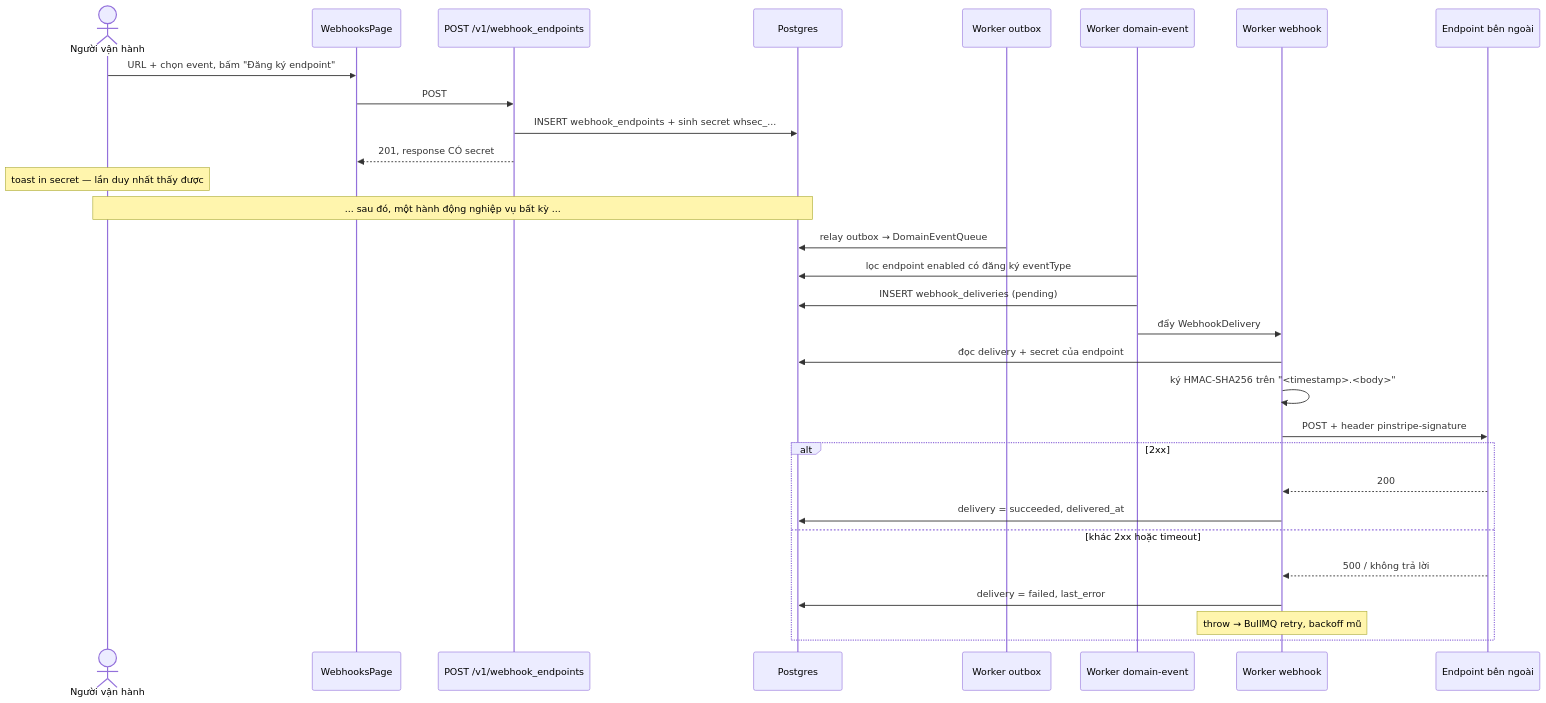
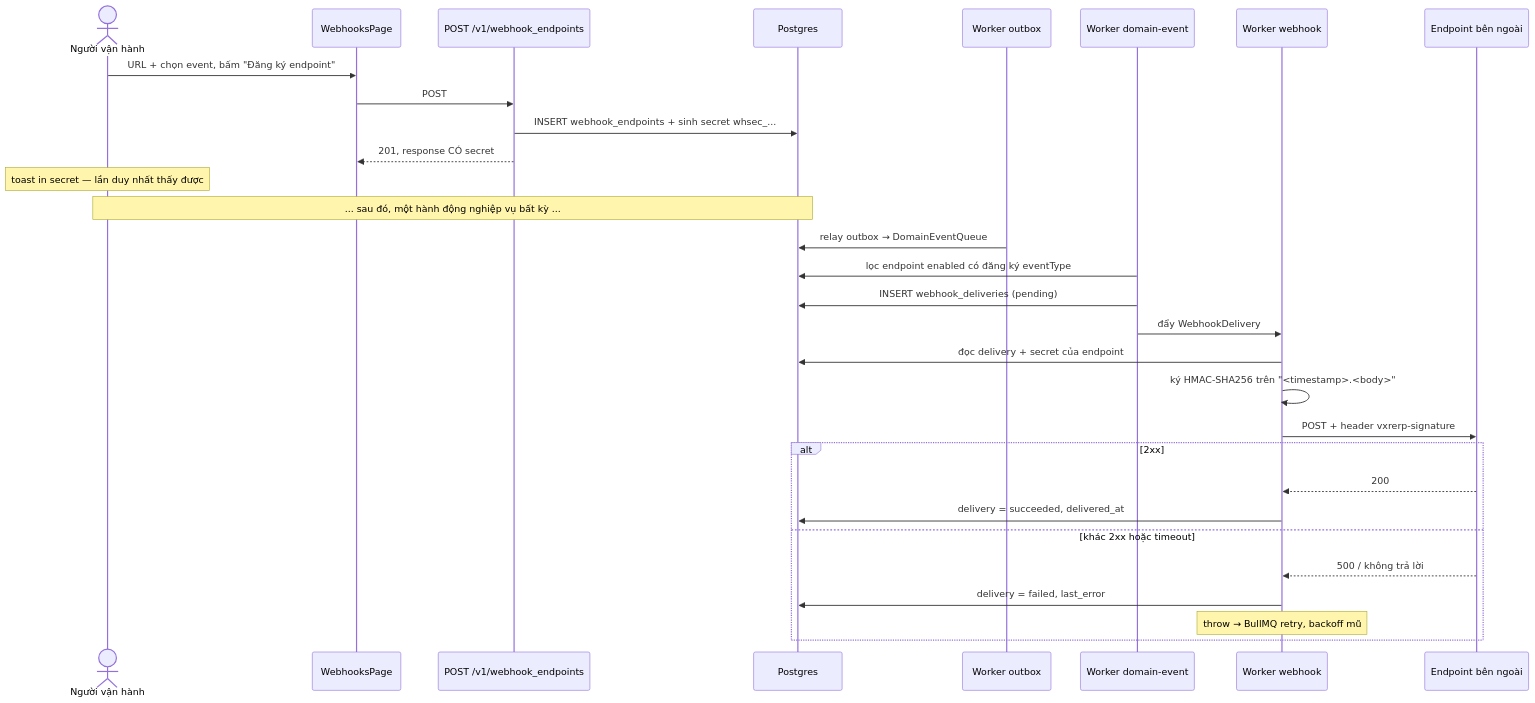
The diagram in docs/usecases/09-receive-webhooks.md (anhquang296/pinstripe), drawn with Mermaid before and after one commit. The commit also changed other lines of this file and 797 other files, not shown here.

````diff
--- a/docs/usecases/09-receive-webhooks.md
+++ b/docs/usecases/09-receive-webhooks.md
@@ -21,34 +21,34 @@
 ```mermaid
 sequenceDiagram
     actor U as Người vận hành
     participant P as WebhooksPage
     participant A as POST /v1/webhook_endpoints
     participant DB as Postgres
     participant W1 as Worker outbox
     participant W2 as Worker domain-event
     participant W3 as Worker webhook
     participant EP as Endpoint bên ngoài
 
     U->>P: URL + chọn event, bấm "Đăng ký endpoint"
     P->>A: POST
     A->>DB: INSERT webhook_endpoints + sinh secret whsec_...
     A-->>P: 201, response CÓ secret
     Note over U: toast in secret — lần duy nhất thấy được
 
     Note over U,DB: ... sau đó, một hành động nghiệp vụ bất kỳ ...
     W1->>DB: relay outbox → DomainEventQueue
     W2->>DB: lọc endpoint enabled có đăng ký eventType
     W2->>DB: INSERT webhook_deliveries (pending)
     W2->>W3: đẩy WebhookDelivery
     W3->>DB: đọc delivery + secret của endpoint
     W3->>W3: ký HMAC-SHA256 trên "<timestamp>.<body>"
-    W3->>EP: POST + header pinstripe-signature
+    W3->>EP: POST + header vxrerp-signature
     alt 2xx
         EP-->>W3: 200
         W3->>DB: delivery = succeeded, delivered_at
     else khác 2xx hoặc timeout
         EP-->>W3: 500 / không trả lời
         W3->>DB: delivery = failed, last_error
         Note over W3: throw → BullMQ retry, backoff mũ
     end
 ```
````
